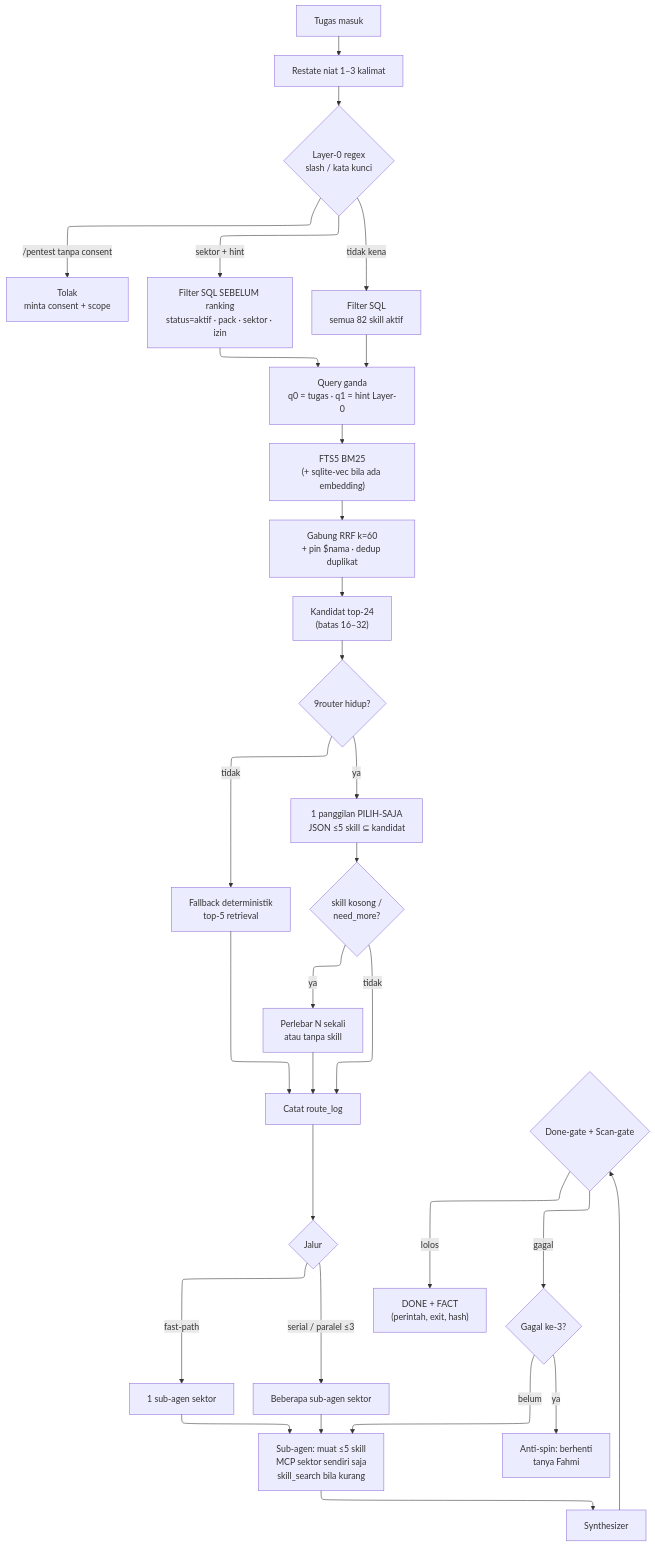
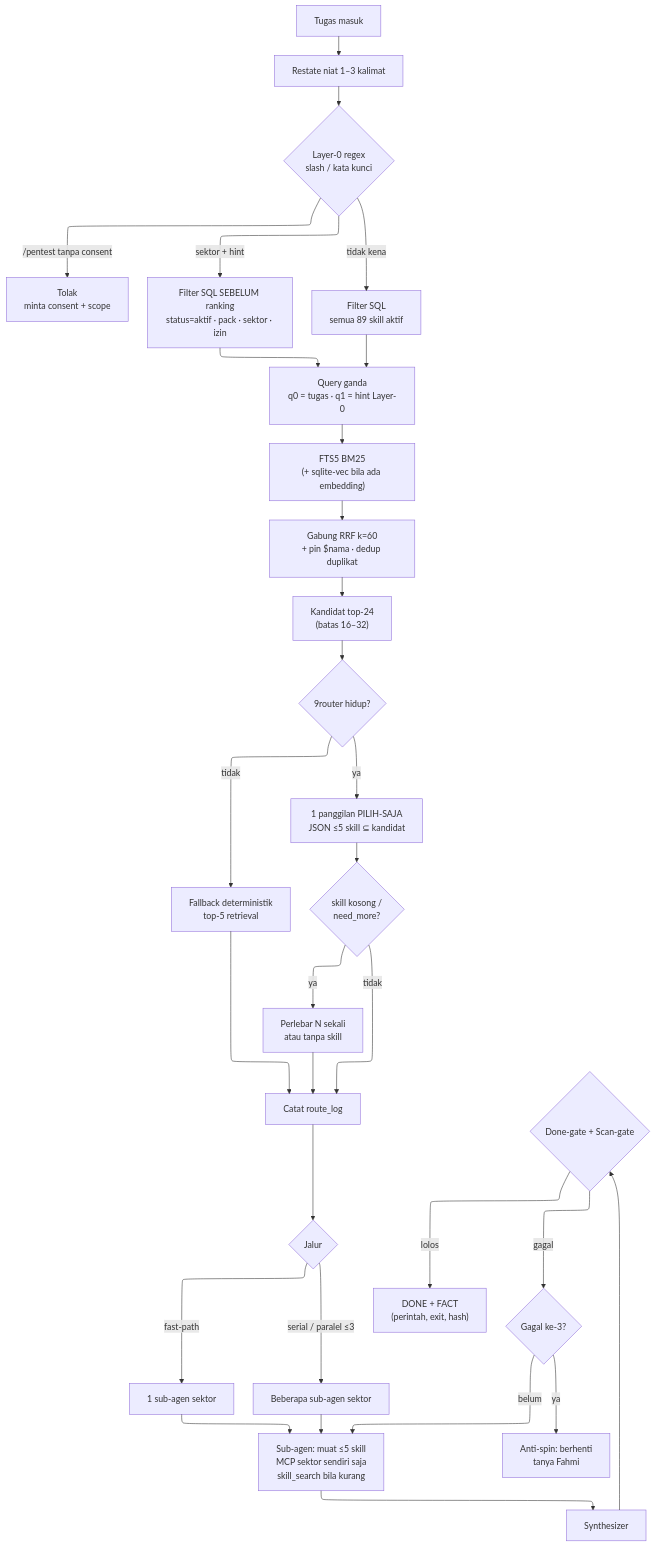
One commit to fahmi0812/Lumitome changed the diagram in docs/diagrams/orchestrator-final.mmd. Above: the diagram before and after it, drawn with Mermaid. The commit also changed 18 other files, not shown here.

First line of the commit message:
feat(skills): tambah docs-pack + stitch-ui (89 skill aktif)

```diff
--- a/docs/diagrams/orchestrator-final.mmd
+++ b/docs/diagrams/orchestrator-final.mmd
@@ -1,36 +1,36 @@
 ---
 config:
   layout: elk
   flowchart:
     padding: 16
 ---
 flowchart TB
   A["Tugas masuk"] --> B["Restate niat 1–3 kalimat"]
   B --> C{"Layer-0 regex<br/>slash / kata kunci"}
   C -- "/pentest tanpa consent" --> X["Tolak<br/>minta consent + scope"]
   C -- "sektor + hint" --> D["Filter SQL SEBELUM ranking<br/>status=aktif · pack · sektor · izin"]
-  C -- "tidak kena" --> D2["Filter SQL<br/>semua 82 skill aktif"]
+  C -- "tidak kena" --> D2["Filter SQL<br/>semua 89 skill aktif"]
   D --> E["Query ganda<br/>q0 = tugas · q1 = hint Layer-0"]
   D2 --> E
   E --> F["FTS5 BM25<br/>(+ sqlite-vec bila ada embedding)"]
   F --> G["Gabung RRF k=60<br/>+ pin $nama · dedup duplikat"]
   G --> H["Kandidat top-24<br/>(batas 16–32)"]
   H --> I{"9router hidup?"}
   I -- "ya" --> J["1 panggilan PILIH-SAJA<br/>JSON ≤5 skill ⊆ kandidat"]
   I -- "tidak" --> K["Fallback deterministik<br/>top-5 retrieval"]
   J --> L{"skill kosong /<br/>need_more?"}
   L -- "ya" --> M["Perlebar N sekali<br/>atau tanpa skill"]
   L -- "tidak" --> N["Catat route_log"]
   K --> N
   M --> N
   N --> O{"Jalur"}
   O -- "fast-path" --> P["1 sub-agen sektor"]
   O -- "serial / paralel ≤3" --> P2["Beberapa sub-agen sektor"]
   P --> Q["Sub-agen: muat ≤5 skill<br/>MCP sektor sendiri saja<br/>skill_search bila kurang"]
   P2 --> Q
   Q --> R["Synthesizer"]
   R --> S{"Done-gate + Scan-gate"}
   S -- "lolos" --> T["DONE + FACT<br/>(perintah, exit, hash)"]
   S -- "gagal" --> U{"Gagal ke-3?"}
   U -- "belum" --> Q
   U -- "ya" --> V["Anti-spin: berhenti<br/>tanya Fahmi"]
```
